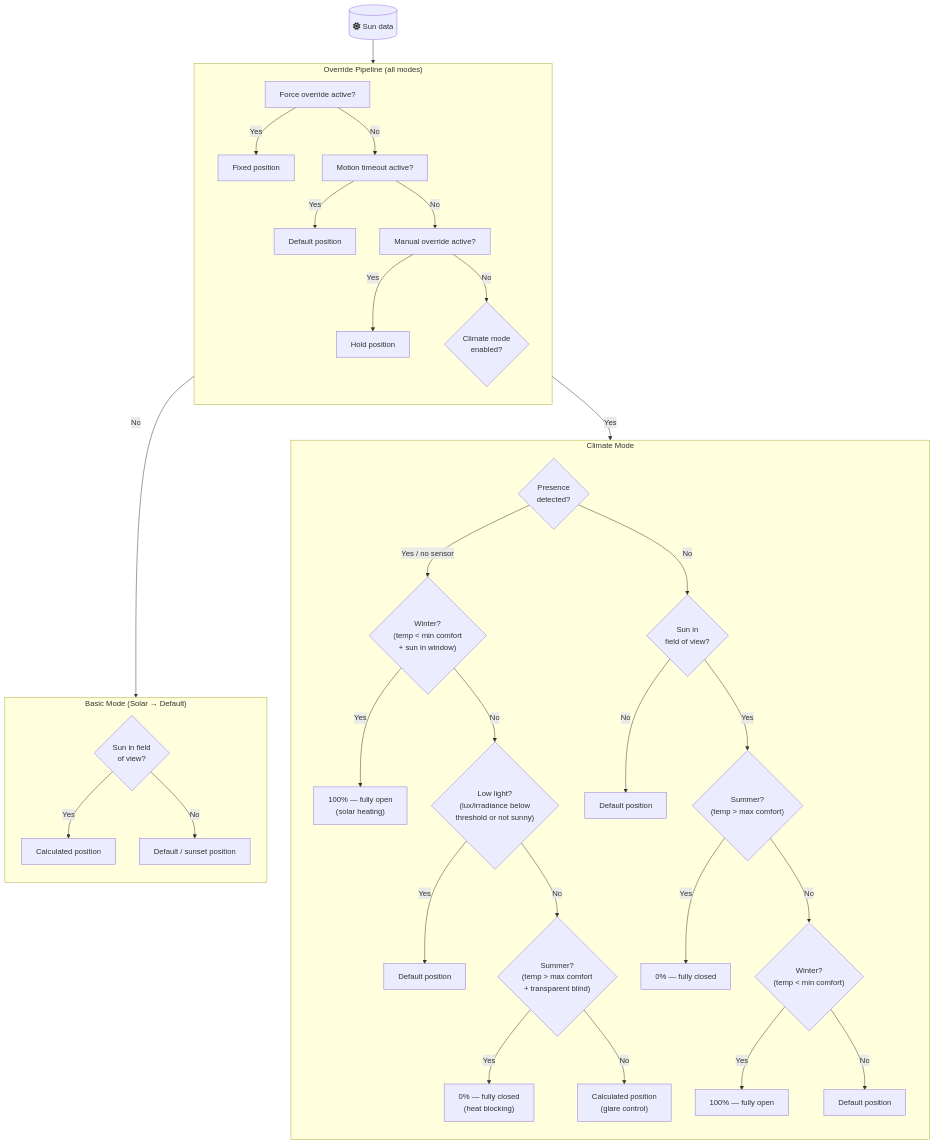
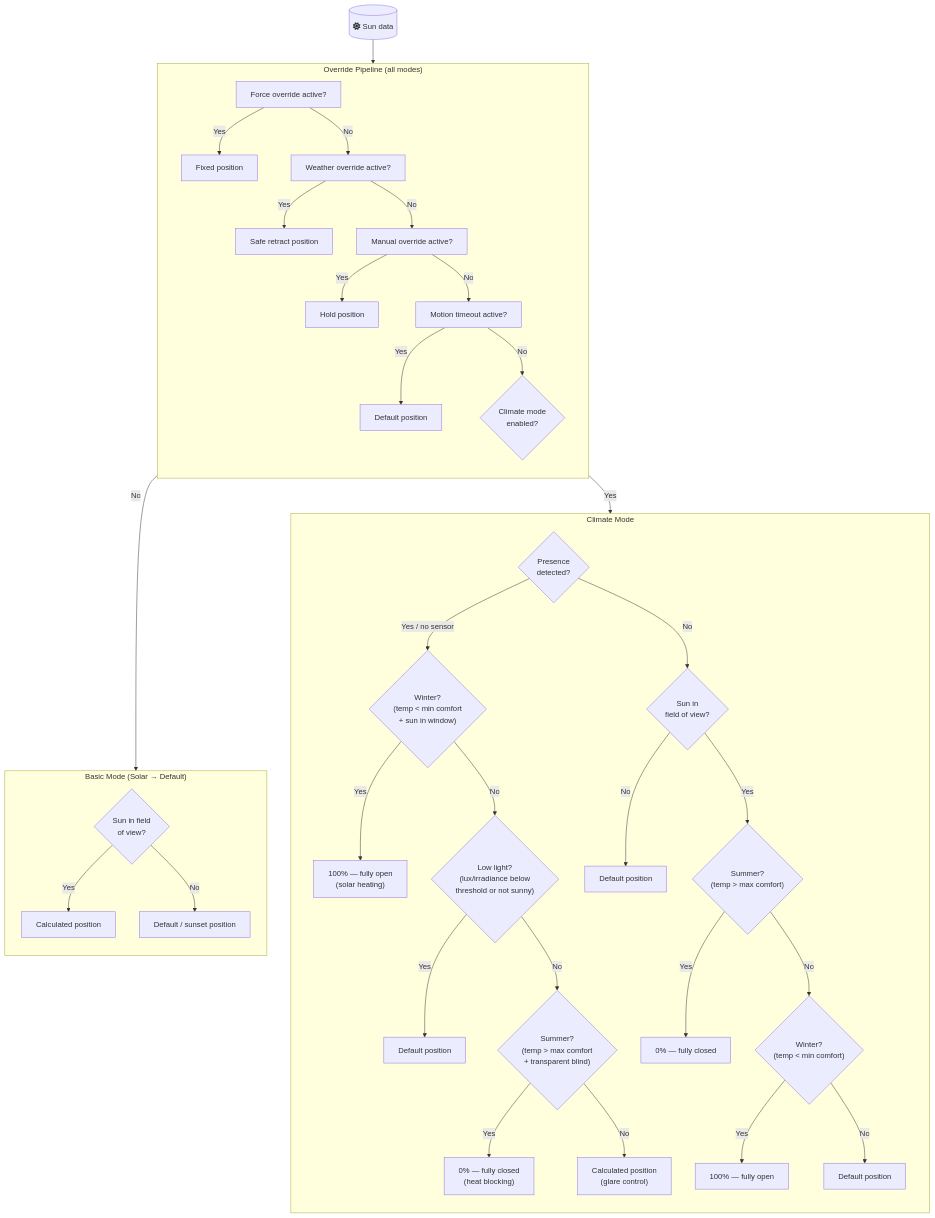
The diagram in README.md (jrhubott/adaptive-cover-pro), drawn with Mermaid before and after one commit. The commit also changed other lines of this file, not shown here.

````diff
--- a/README.md
+++ b/README.md
@@ -229,45 +236,47 @@
 ```mermaid
 graph TD
   A[("fa:fa-sun Sun data")] --> PIPE
 
   subgraph PIPE ["Override Pipeline (all modes)"]
     direction TB
     P1["Force override active?"] -->|Yes| R_FORCE["Fixed position"]
-    P1 -->|No| P2["Motion timeout active?"]
-    P2 -->|Yes| R_MOTION["Default position"]
+    P1 -->|No| P2["Weather override active?"]
+    P2 -->|Yes| R_WEATHER["Safe retract position"]
     P2 -->|No| P3["Manual override active?"]
     P3 -->|Yes| R_MANUAL["Hold position"]
-    P3 -->|No| MODE{"Climate mode\nenabled?"}
+    P3 -->|No| P4["Motion timeout active?"]
+    P4 -->|Yes| R_MOTION["Default position"]
+    P4 -->|No| MODE{"Climate mode\nenabled?"}
   end
 
   MODE -->|No| BASIC
   MODE -->|Yes| CLIMATE
 
   subgraph BASIC ["Basic Mode (Solar → Default)"]
     direction TB
     B1{"Sun in field\nof view?"}
     B1 -->|Yes| B2["Calculated position"]
     B1 -->|No| B3["Default / sunset position"]
   end
 
   subgraph CLIMATE ["Climate Mode"]
     direction TB
     CA{"Presence\ndetected?"}
 
     CA -->|Yes / no sensor| CP1{"Winter?\n(temp < min comfort\n+ sun in window)"}
     CP1 -->|Yes| CP_W["100% — fully open\n(solar heating)"]
     CP1 -->|No| CP2{"Low light?\n(lux/irradiance below\nthreshold or not sunny)"}
     CP2 -->|Yes| CP_L["Default position"]
     CP2 -->|No| CP3{"Summer?\n(temp > max comfort\n+ transparent blind)"}
     CP3 -->|Yes| CP_S["0% — fully closed\n(heat blocking)"]
     CP3 -->|No| CP_G["Calculated position\n(glare control)"]
 
     CA -->|No| CN1{"Sun in\nfield of view?"}
     CN1 -->|No| CN_D["Default position"]
     CN1 -->|Yes| CN2{"Summer?\n(temp > max comfort)"}
     CN2 -->|Yes| CN_S["0% — fully closed"]
     CN2 -->|No| CN3{"Winter?\n(temp < min comfort)"}
     CN3 -->|Yes| CN_W["100% — fully open"]
     CN3 -->|No| CN_D2["Default position"]
   end
 ```
````
